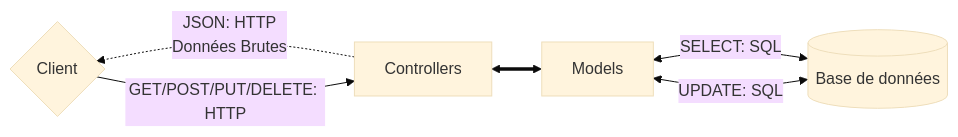
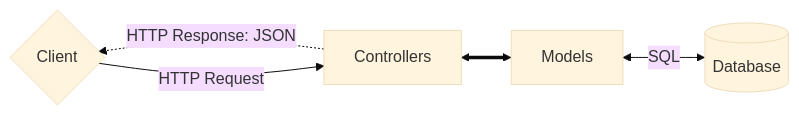
One commit to FloRobart/Econoris_server changed the first of 2 diagrams in README.md. Above: the diagram before and after it, drawn with Mermaid (base theme).

````diff
--- a/README.md
+++ b/README.md
@@ -53,9 +53,8 @@
 ```mermaid
 flowchart RL
 
-A[(Base de données)] <--> |SELECT: SQL| B[Models]
-A <--> |UPDATE: SQL| B
+A[(Database)] <--> |SQL| B[Models]
 B <==> C[Controllers]
-C -.-> |JSON: HTTP<br>Données Brutes| F{Client}
-F --> |GET/POST/PUT/DELETE: HTTP| C
+C -.-> |HTTP Response: JSON| F{Client}
+F --> |HTTP Request| C
 ```
````
